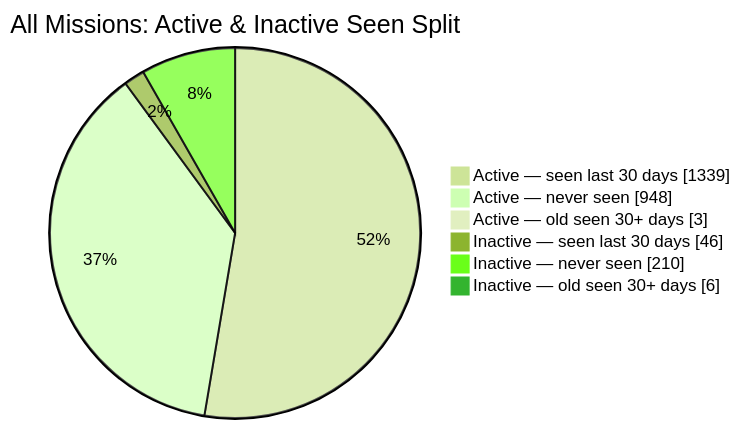
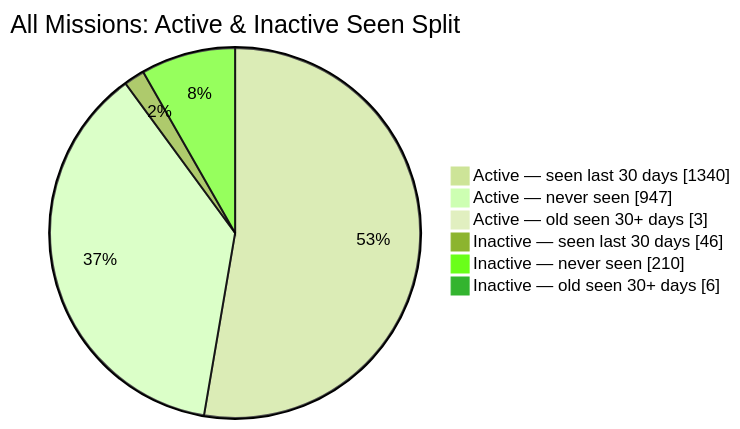
The second of 2 diagrams in README.md (MeldkamerspelGameTeam/active-missions), drawn with Mermaid (forest theme) before and after one commit. The commit also changed other lines of this file and 2 other files, not shown here.

````diff
--- a/README.md
+++ b/README.md
@@ -44,10 +44,10 @@
 ```mermaid
 pie showData
     title All Missions: Active & Inactive Seen Split
-    "Active — seen last 30 days" : 1339
-    "Active — never seen" : 948
+    "Active — seen last 30 days" : 1340
+    "Active — never seen" : 947
     "Active — old seen 30+ days" : 3
     "Inactive — seen last 30 days" : 46
     "Inactive — never seen" : 210
     "Inactive — old seen 30+ days" : 6
 ```
````
